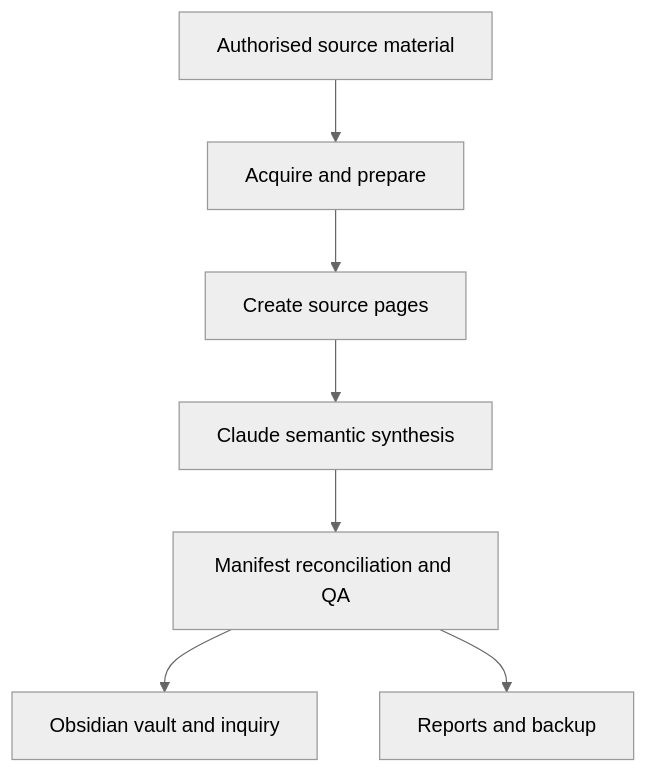
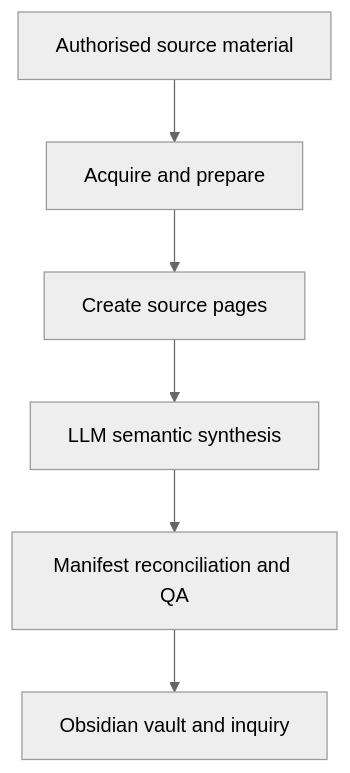
Before and after one commit to tonacq/agentic-knowledge-vault-pipeline: the diagram in README.md, drawn with Mermaid (neutral theme). The commit also changed other lines of this file, not shown here.

````diff
--- a/README.md
+++ b/README.md
@@ -31,9 +34,8 @@
 ```mermaid
 flowchart TD
     A["Authorised source material"] --> B["Acquire and prepare"]
     B --> C["Create source pages"]
-    C --> D["Claude semantic synthesis"]
+    C --> D["LLM semantic synthesis"]
     D --> E["Manifest reconciliation and QA"]
     E --> F["Obsidian vault and inquiry"]
-    E --> G["Reports and backup"]
 ```
````
